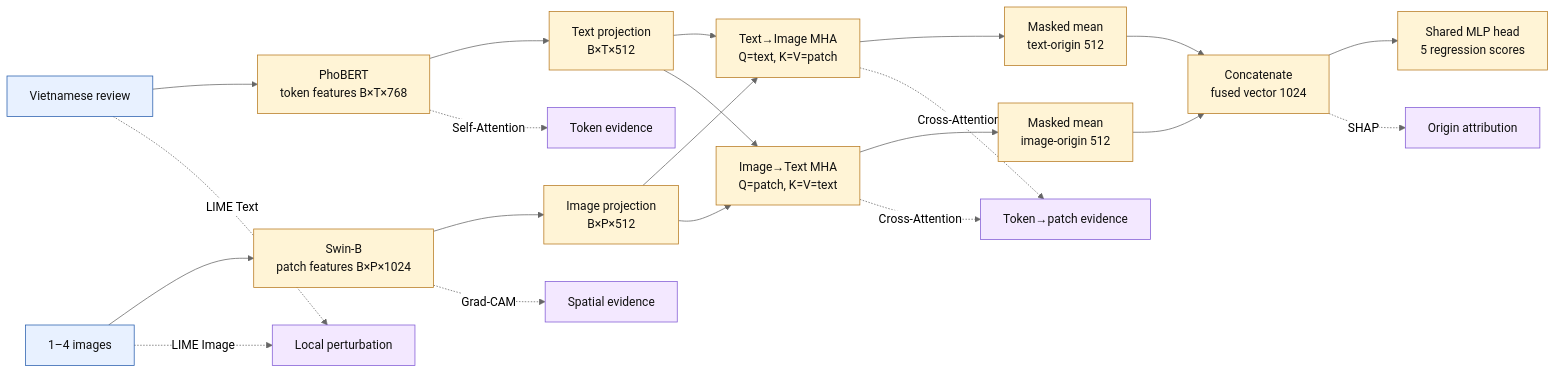
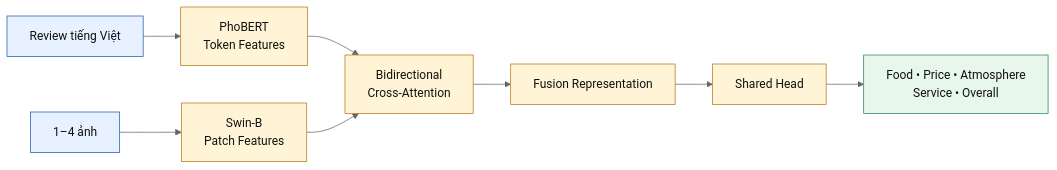
One commit to lechihoang/SE365 changed the second of 11 diagrams in xAI_AIagent_presentation_proposal.md. Above: the diagram before and after it, drawn with Mermaid (neutral theme). The commit also changed other lines of this file, not shown here.

Commit message:
v2 proposal of xai+ ai Agent

````diff
--- a/xAI_AIagent_presentation_proposal.md
+++ b/xAI_AIagent_presentation_proposal.md
@@ -94,31 +109,17 @@
 ```mermaid
 flowchart LR
-    TXT["Vietnamese review"] --> PB["PhoBERT<br/>token features B×T×768"]
-    IMG["1–4 images"] --> SW["Swin-B<br/>patch features B×P×1024"]
-    PB --> TP["Text projection<br/>B×T×512"]
-    SW --> IP["Image projection<br/>B×P×512"]
-    TP --> T2I["Text→Image MHA<br/>Q=text, K=V=patch"]
-    IP --> T2I
-    IP --> I2T["Image→Text MHA<br/>Q=patch, K=V=text"]
-    TP --> I2T
-    T2I --> TM["Masked mean<br/>text-origin 512"]
-    I2T --> IM["Masked mean<br/>image-origin 512"]
-    TM --> F["Concatenate<br/>fused vector 1024"]
-    IM --> F
-    F --> H["Shared MLP head<br/>5 regression scores"]
-
-    SW -. Grad-CAM .-> GC["Spatial evidence"]
-    PB -. Self-Attention .-> AT["Token evidence"]
-    T2I -. Cross-Attention .-> CA["Token→patch evidence"]
-    I2T -. Cross-Attention .-> CA
-    F -. SHAP .-> SH["Origin attribution"]
-    TXT -. LIME Text .-> LI["Local perturbation"]
-    IMG -. LIME Image .-> LI
+    TXT["Review tiếng Việt"] --> PB["PhoBERT<br/>Token Features"]
+    IMG["1–4 ảnh"] --> SW["Swin-B<br/>Patch Features"]
+    PB --> CA["Bidirectional<br/>Cross-Attention"]
+    SW --> CA
+    CA --> FU["Fusion Representation"]
+    FU --> H["Shared Head"]
+    H --> OUT["Food • Price • Atmosphere<br/>Service • Overall"]
 
     classDef input fill:#E8F1FF,stroke:#275DAD,color:#111;
     classDef model fill:#FFF4D6,stroke:#B7791F,color:#111;
-    classDef xai fill:#F3E8FF,stroke:#805AD5,color:#111;
+    classDef output fill:#E7F7EC,stroke:#2F855A,color:#111;
     class TXT,IMG input;
-    class PB,SW,TP,IP,T2I,I2T,TM,IM,F,H model;
-    class GC,AT,CA,SH,LI xai;
+    class PB,SW,CA,FU,H model;
+    class OUT output;
 ```
````
